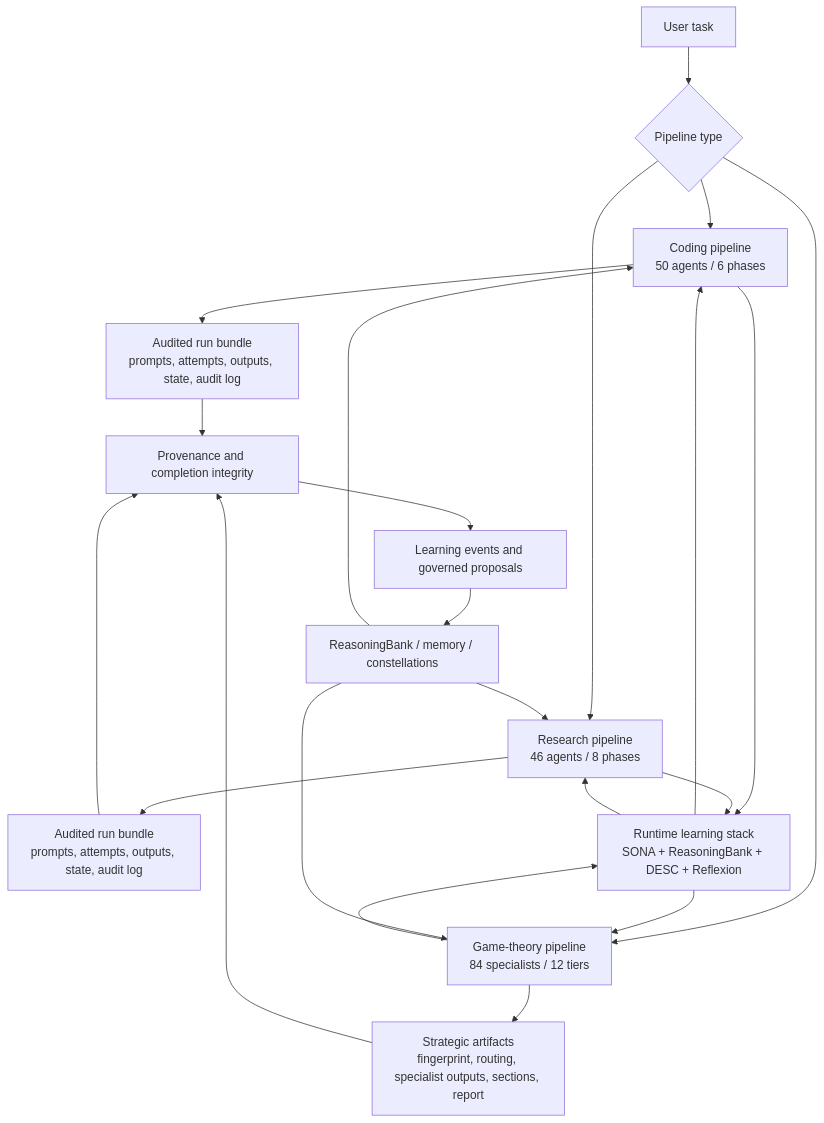
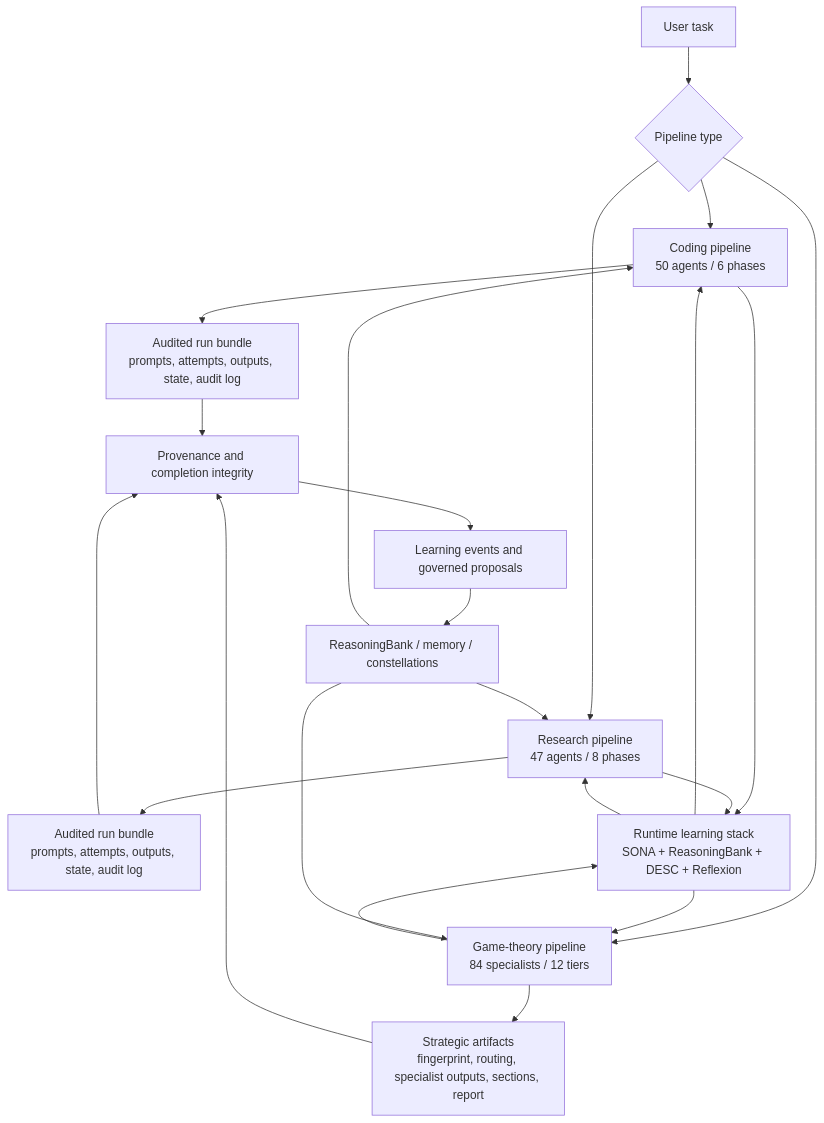
Before and after one commit to ste-bah/archon-cli: the diagram in docs/architecture/pipelines.md, drawn with Mermaid. The commit also changed other lines of this file and 115 other files, not shown here.

````diff
--- a/docs/architecture/pipelines.md
+++ b/docs/architecture/pipelines.md
@@ -10,27 +10,27 @@
 ```mermaid
 flowchart TB
     USER["User task"] --> CHOOSE{"Pipeline type"}
     CHOOSE --> CODE["Coding pipeline<br/>50 agents / 6 phases"]
-    CHOOSE --> RESEARCH["Research pipeline<br/>46 agents / 8 phases"]
+    CHOOSE --> RESEARCH["Research pipeline<br/>47 agents / 8 phases"]
     CHOOSE --> GT["Game-theory pipeline<br/>84 specialists / 12 tiers"]
 
     CODE --> ART["Audited run bundle<br/>prompts, attempts, outputs, state, audit log"]
     RESEARCH --> PAPERS["Audited run bundle<br/>prompts, attempts, outputs, state, audit log"]
     GT --> STRAT["Strategic artifacts<br/>fingerprint, routing, specialist outputs, sections, report"]
 
     CODE --> LEARNCTX["Runtime learning stack<br/>SONA + ReasoningBank + DESC + Reflexion"]
     RESEARCH --> LEARNCTX
     GT --> LEARNCTX
     LEARNCTX --> CODE
     LEARNCTX --> RESEARCH
     LEARNCTX --> GT
 
     ART --> PROV["Provenance and completion integrity"]
     PAPERS --> PROV
     STRAT --> PROV
     PROV --> LEARN["Learning events and governed proposals"]
     LEARN --> RB["ReasoningBank / memory / constellations"]
     RB --> CODE
     RB --> RESEARCH
     RB --> GT
 ```
````
